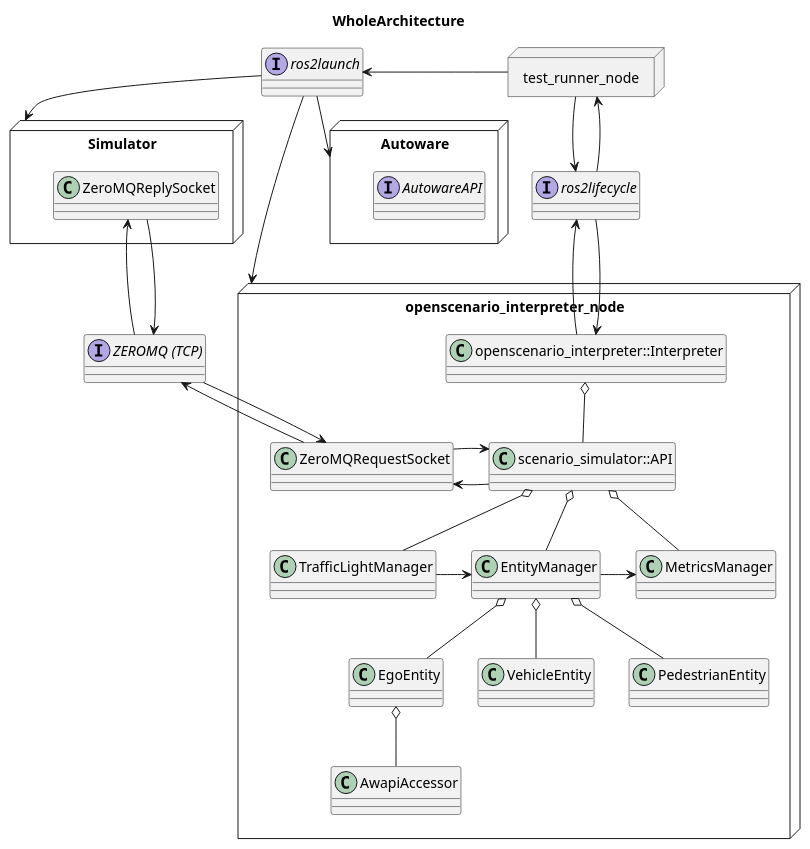
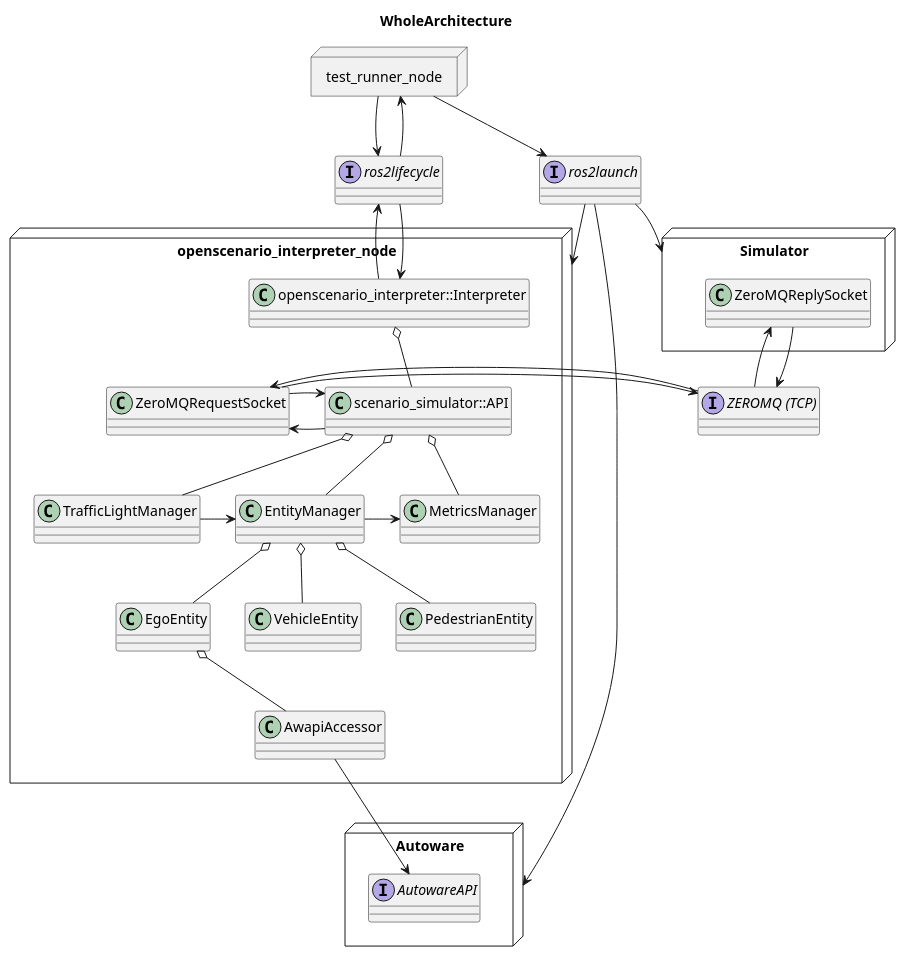
The diagram in docs/design/uml/whole_architecture.pu (tier4/scenario_simulator_v2), drawn with PlantUML before and after one commit. The commit also changed 3 other files, not shown here.

```diff
--- a/docs/design/uml/whole_architecture.pu
+++ b/docs/design/uml/whole_architecture.pu
@@ -1,66 +1,68 @@
 @startuml
 allow_mixing
 title WholeArchitecture
 
 interface ros2lifecycle
 
 Node openscenario_interpreter_node {
   class openscenario_interpreter::Interpreter
   class EntityManager
   class TrafficLightManager
   class MetricsManager
   class scenario_simulator::API
   class ZeroMQRequestSocket
   openscenario_interpreter::Interpreter o-- scenario_simulator::API
   scenario_simulator::API o-- EntityManager
   scenario_simulator::API o-- TrafficLightManager
   scenario_simulator::API o-- MetricsManager
   TrafficLightManager -right-> EntityManager
   EntityManager -right-> MetricsManager
   class EgoEntity
   class VehicleEntity
   class PedestrianEntity
   EntityManager o-- EgoEntity
   EntityManager o-- VehicleEntity
   EntityManager o-- PedestrianEntity
   class AwapiAccessor
   EgoEntity o-- AwapiAccessor
 }
 
 openscenario_interpreter::Interpreter -up-> ros2lifecycle
 
 ros2lifecycle -down-> openscenario_interpreter::Interpreter
 
 Node test_runner_node {
 }
 
 test_runner_node -down-> ros2lifecycle
 ros2lifecycle -up-> test_runner_node
 
 Node Autoware {
   Interface AutowareAPI
 }
 
+AwapiAccessor -down-> AutowareAPI
+
 interface ros2launch
 
-test_runner_node --left-> ros2launch
+test_runner_node -down-> ros2launch
 ros2launch -down-> Autoware
 ros2launch -down-> openscenario_interpreter_node
 
 interface "ZEROMQ (TCP)"
 
 scenario_simulator::API -left-> ZeroMQRequestSocket
 ZeroMQRequestSocket -right-> scenario_simulator::API
-ZeroMQRequestSocket -up-> "ZEROMQ (TCP)"
-"ZEROMQ (TCP)" -down-> ZeroMQRequestSocket
+ZeroMQRequestSocket -right-> "ZEROMQ (TCP)"
+"ZEROMQ (TCP)" -left-> ZeroMQRequestSocket
 
 Node Simulator {
   class ZeroMQReplySocket
 }
 
 ros2launch -down-> Simulator
 
 "ZEROMQ (TCP)" -up-> ZeroMQReplySocket
 ZeroMQReplySocket -down-> "ZEROMQ (TCP)"
 
 @enduml
```
